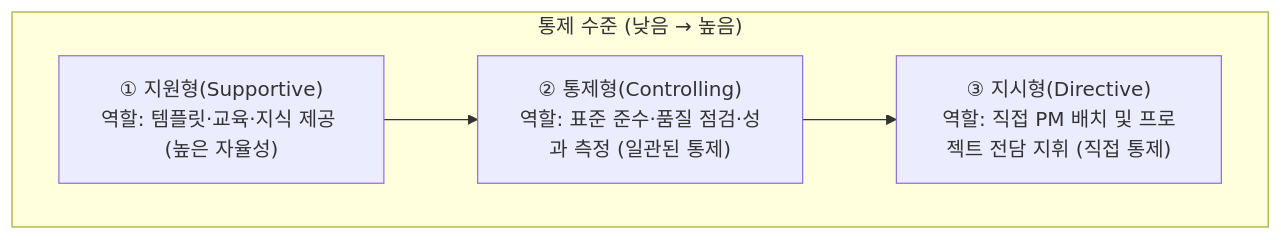
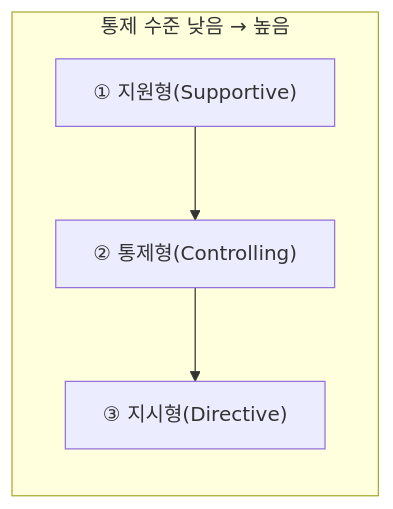
Before and after one commit to agnusdei1207/study: the first of 4 diagrams in src/content/docs/notes/itpe/01-it-strategy/004_pmo.md, drawn with Mermaid. The commit also changed other lines of this file and 19 other files, not shown here.

````diff
--- a/src/content/docs/notes/itpe/01-it-strategy/004_pmo.md
+++ b/src/content/docs/notes/itpe/01-it-strategy/004_pmo.md
@@ -92,9 +77,6 @@
 ```mermaid
-flowchart TD
-    subgraph LEVEL["통제 수준 (낮음 → 높음)"]
-        S["① 지원형(Supportive)<br/>역할: 템플릿·교육·지식 제공 (높은 자율성)"]
-        C["② 통제형(Controlling)<br/>역할: 표준 준수·품질 점검·성과 측정 (일관된 통제)"]
-        D["③ 지시형(Directive)<br/>역할: 직접 PM 배치 및 프로젝트 전담 지휘 (직접 통제)"]
-        S --> C --> D
+flowchart LR
+    subgraph LEVEL["통제 수준 낮음 → 높음"]
+        S["① 지원형(Supportive)"] --> C["② 통제형(Controlling)"] --> D["③ 지시형(Directive)"]
     end
 ```
````
